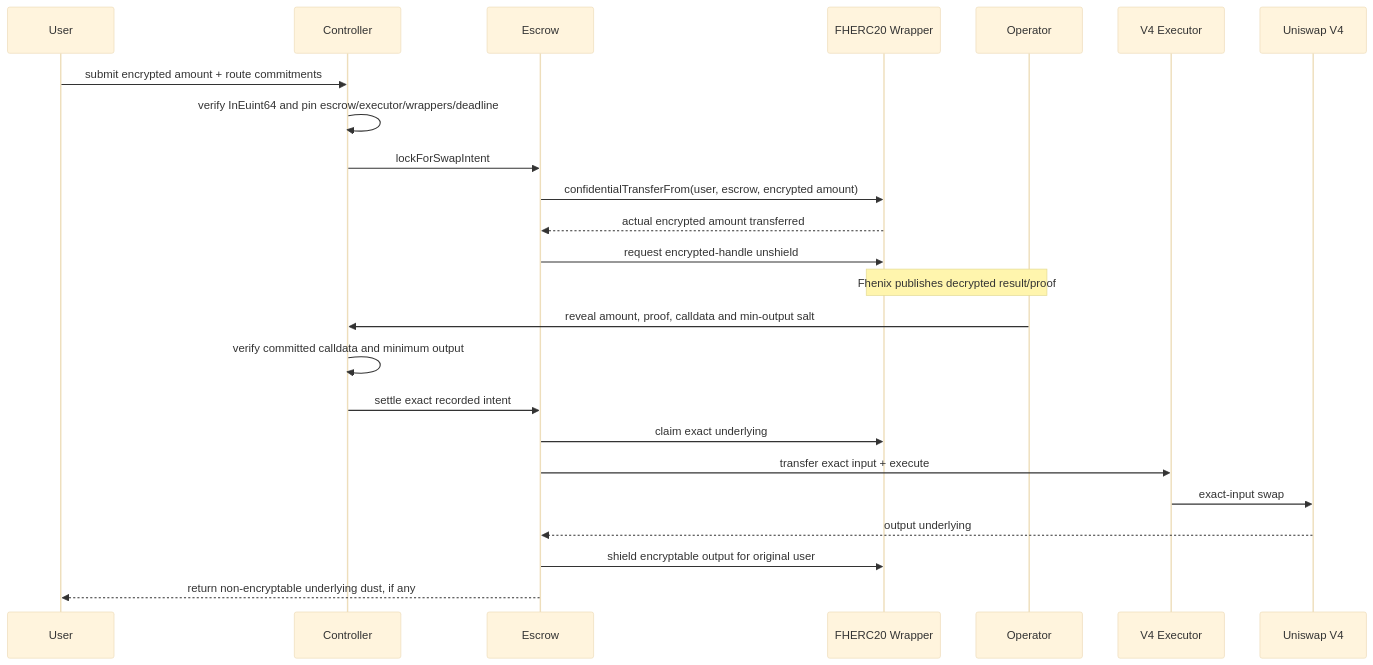
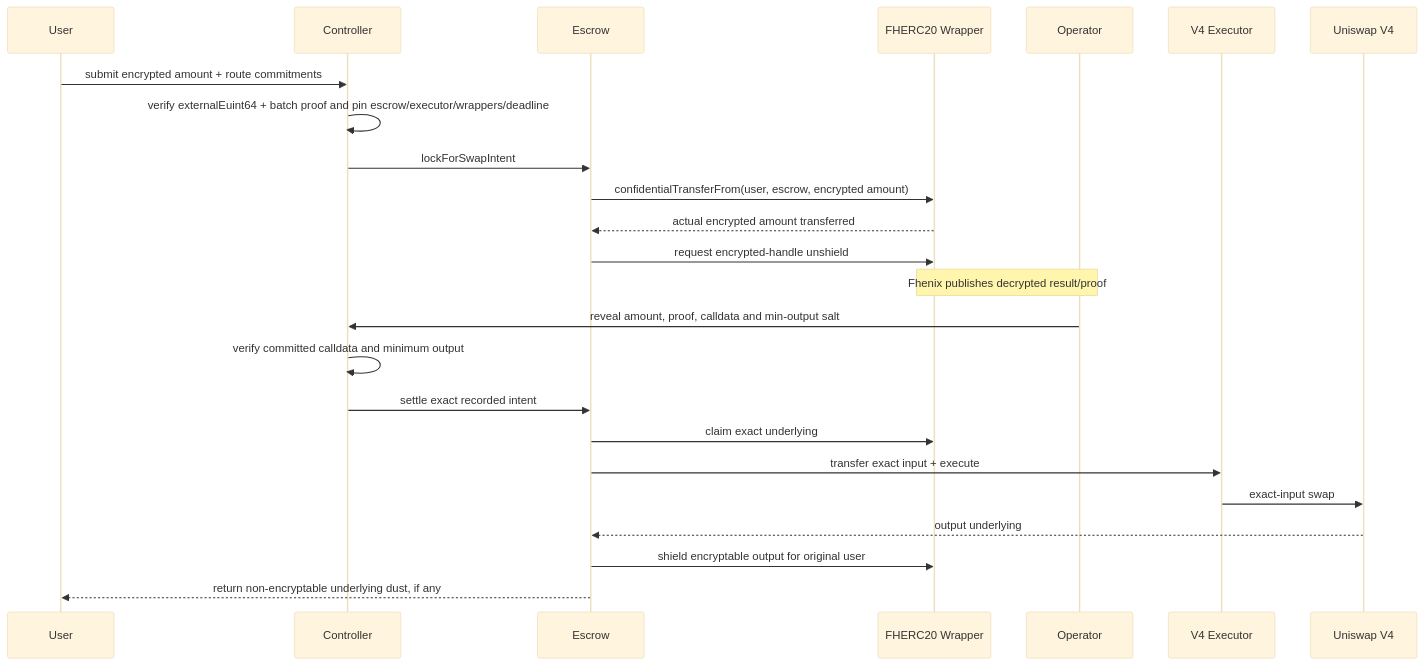
Before and after one commit to Nilay27/alphaengine-contracts: the first of 2 diagrams in src/swap/README.md, drawn with Mermaid (base theme). The commit also changed other lines of this file and 82 other files, not shown here.

````diff
--- a/src/swap/README.md
+++ b/src/swap/README.md
@@ -30,27 +30,27 @@
 ```mermaid
 sequenceDiagram
     participant User
     participant Controller
     participant Escrow
     participant Wrapper as FHERC20 Wrapper
     participant Operator
     participant Executor as V4 Executor
     participant Pool as Uniswap V4
 
     User->>Controller: submit encrypted amount + route commitments
-    Controller->>Controller: verify InEuint64 and pin escrow/executor/wrappers/deadline
+    Controller->>Controller: verify externalEuint64 + batch proof and pin escrow/executor/wrappers/deadline
     Controller->>Escrow: lockForSwapIntent
     Escrow->>Wrapper: confidentialTransferFrom(user, escrow, encrypted amount)
     Wrapper-->>Escrow: actual encrypted amount transferred
     Escrow->>Wrapper: request encrypted-handle unshield
     Note over Operator,Wrapper: Fhenix publishes decrypted result/proof
     Operator->>Controller: reveal amount, proof, calldata and min-output salt
     Controller->>Controller: verify committed calldata and minimum output
     Controller->>Escrow: settle exact recorded intent
     Escrow->>Wrapper: claim exact underlying
     Escrow->>Executor: transfer exact input + execute
     Executor->>Pool: exact-input swap
     Pool-->>Escrow: output underlying
     Escrow->>Wrapper: shield encryptable output for original user
     Escrow-->>User: return non-encryptable underlying dust, if any
 ```
````
